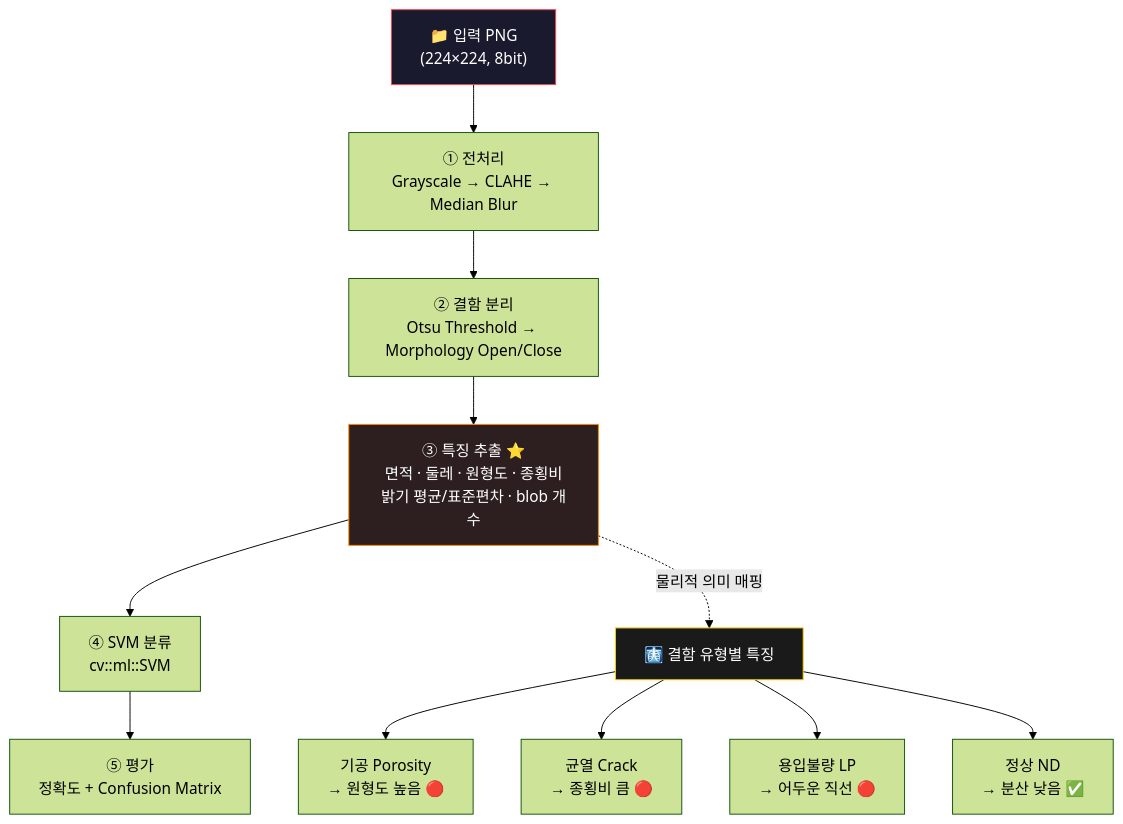
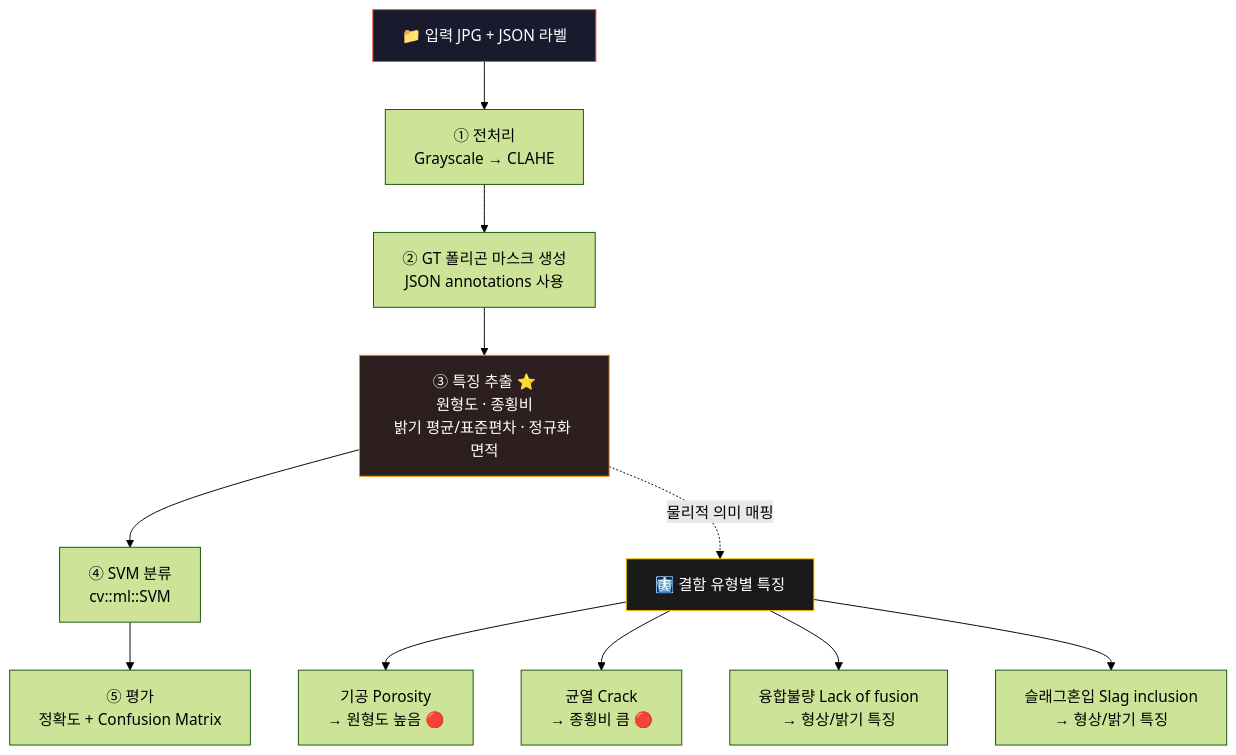
Before and after one commit to hoilycat/welding-defect-detection: the second of 4 diagrams in README.md, drawn with Mermaid (forest theme). The commit also changed other lines of this file, not shown here.

````diff
--- a/README.md
+++ b/README.md
@@ -56,22 +57,22 @@
 ```mermaid
 flowchart TD
-    A["📁 입력 PNG\n(224×224, 8bit)"] --> B
+    A["📁 입력 JPG + JSON 라벨"] --> B
 
-    B["① 전처리\nGrayscale → CLAHE → Median Blur"]
-    B --> C["② 결함 분리\nOtsu Threshold → Morphology Open/Close"]
-    C --> D["③ 특징 추출 ⭐\n면적 · 둘레 · 원형도 · 종횡비\n밝기 평균/표준편차 · blob 개수"]
+    B["① 전처리\nGrayscale → CLAHE"]
+    B --> C["② GT 폴리곤 마스크 생성\nJSON annotations 사용"]
+    C --> D["③ 특징 추출 ⭐\n원형도 · 종횡비\n밝기 평균/표준편차 · 정규화 면적"]
     D --> E["④ SVM 분류\ncv::ml::SVM"]
     E --> F["⑤ 평가\n정확도 + Confusion Matrix"]
 
     G["🩻 결함 유형별 특징"]
     G --> G1["기공 Porosity\n→ 원형도 높음 🔴"]
     G --> G2["균열 Crack\n→ 종횡비 큼 🔴"]
-    G --> G3["용입불량 LP\n→ 어두운 직선 🔴"]
-    G --> G4["정상 ND\n→ 분산 낮음 ✅"]
+    G --> G3["융합불량 Lack of fusion\n→ 형상/밝기 특징"]
+    G --> G4["슬래그혼입 Slag inclusion\n→ 형상/밝기 특징"]
 
     D -. "물리적 의미 매핑" .-> G
 
     style A fill:#1a1a2e,stroke:#ff4444,color:#fff
     style D fill:#2d1f1f,stroke:#ff8800,color:#fff
     style G fill:#1a1a1a,stroke:#ffcc00,color:#fff
 ```
````
